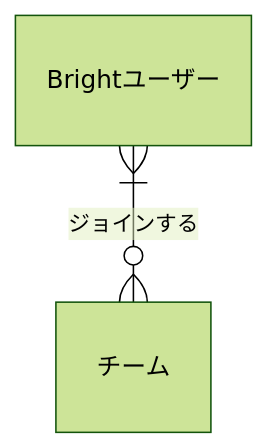
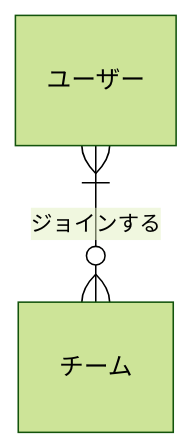
One commit to bright-org/bright changed the second of 11 diagrams in docs/conceptual_schemas/users.md. Above: the diagram before and after it, drawn with Mermaid (forest theme). The commit also changed other lines of this file, not shown here.

````diff
--- a/docs/conceptual_schemas/users.md
+++ b/docs/conceptual_schemas/users.md
@@ -36,4 +39,4 @@
 ```mermaid
 erDiagram
-  "Brightユーザー"}|--o{"チーム" : "ジョインする"
+  "ユーザー"}|--o{"チーム" : "ジョインする"
 ```
````
